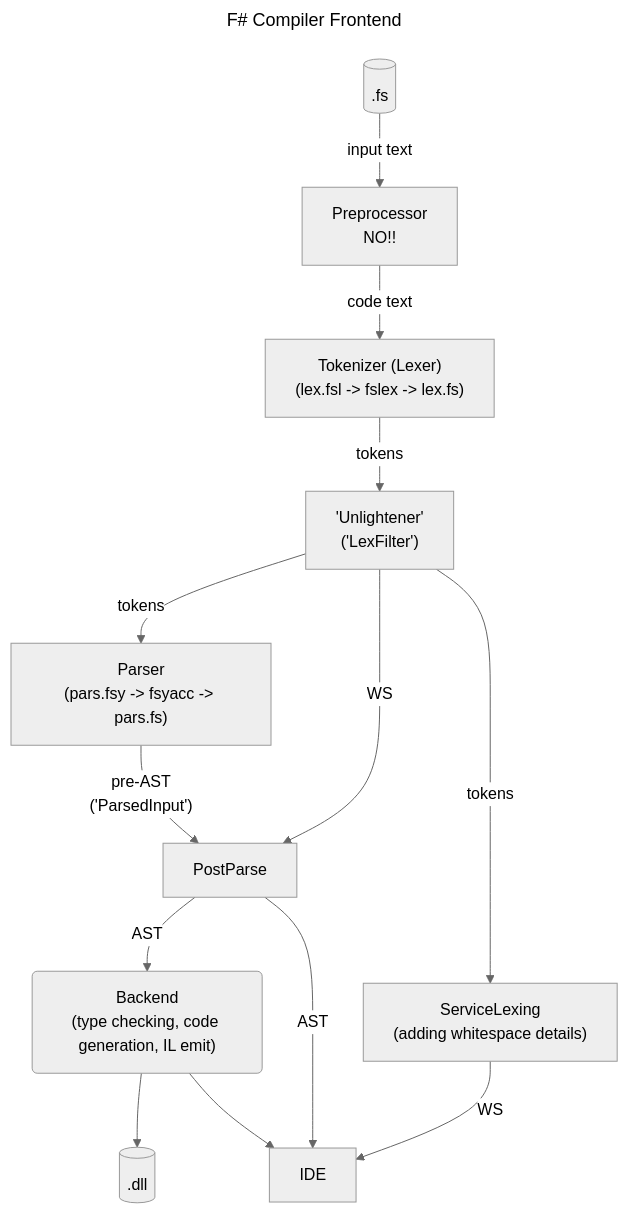
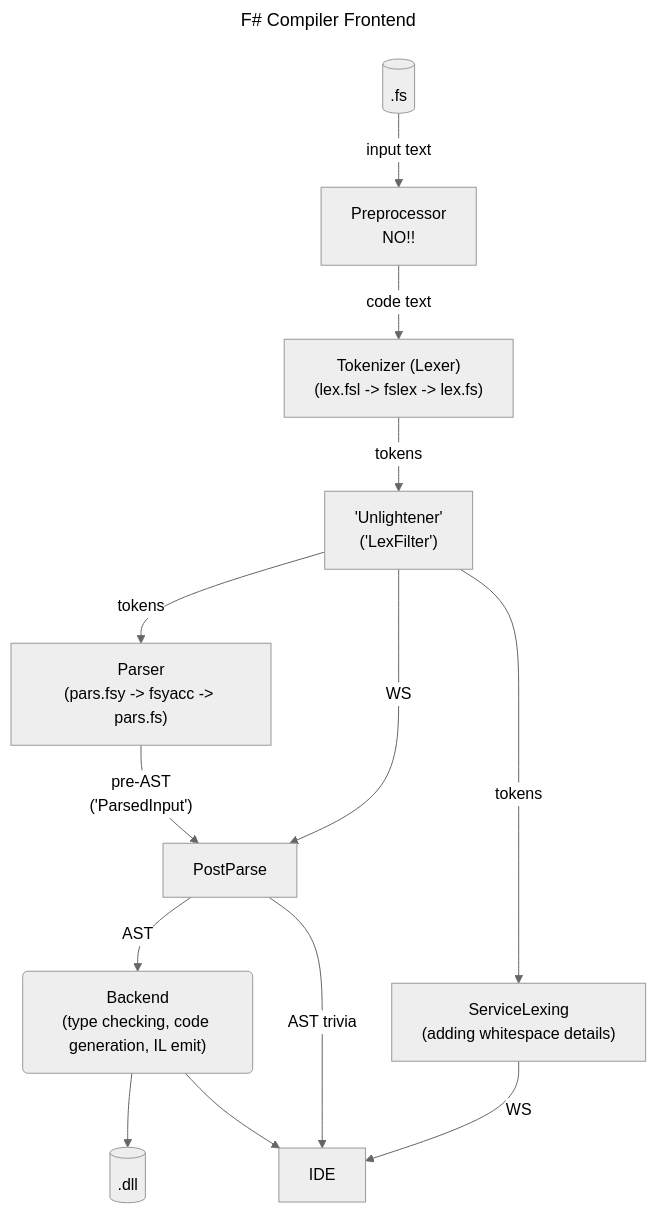
Before and after one commit to Martin521/Review18049: the diagram in CompilerFlowChart.md, drawn with Mermaid (neutral theme). The commit also changed 1 other file, not shown here.

Commit message:
update chart, review

````diff
--- a/CompilerFlowChart.md
+++ b/CompilerFlowChart.md
@@ -1,33 +1,33 @@
 ```mermaid
 ---
 title: F# Compiler Frontend
 ---
 graph TB
   A[(.fs)]
     -- input text --> 
   Pre["`Preprocessor
     NO!!`"]
     -- code text -->
   T["`Tokenizer (Lexer)
     (lex.fsl -> fslex -> lex.fs)`"]
     -- tokens -->
   U["`'Unlightener'
     ('LexFilter')`"]
     -- tokens -->
   P["`Parser
     (pars.fsy -> fsyacc -> pars.fs)`"]
     -- "`pre-AST
     ('ParsedInput')`" -->
   PostParse -- AST -->
   B("`Backend
     (type checking, code generation, IL emit)`")
     --> E[(.dll)]
   U -- WS --> PostParse
   U -- tokens -->
   S["`ServiceLexing
     (adding whitespace details)`"]
     -- WS -->
   IDE
   B --> IDE
-  PostParse -- AST --> IDE
+  PostParse -- AST trivia --> IDE
 ```
````
